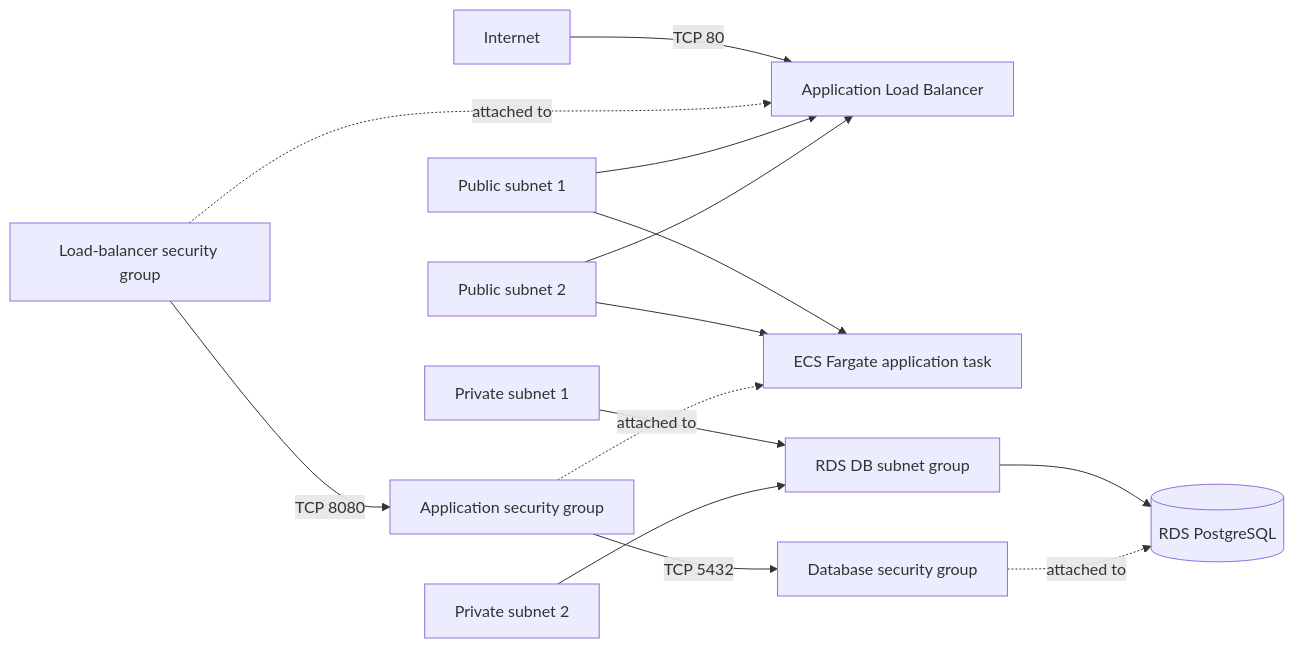
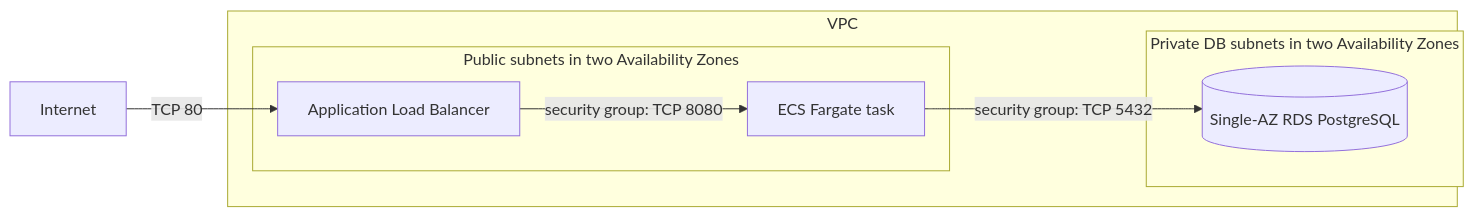
One commit to istvandezsi/java-cloud-platform-lab changed the diagram in terraform/README.md. Above: the diagram before and after it, drawn with Mermaid. The commit also changed other lines of this file and 4 other files, not shown here.

````diff
--- a/terraform/README.md
+++ b/terraform/README.md
@@ -266,20 +169,19 @@
 ```mermaid
 flowchart LR
-    Internet[Internet] -->|TCP 80| LoadBalancer[Application Load Balancer]
-    LoadBalancerSecurityGroup[Load-balancer security group] -. attached to .-> LoadBalancer
+    Internet[Internet]
 
-    PublicSubnet1[Public subnet 1] --> LoadBalancer
-    PublicSubnet2[Public subnet 2] --> LoadBalancer
-    PublicSubnet1 --> Application[ECS Fargate application task]
-    PublicSubnet2 --> Application
+    subgraph VPC[VPC]
+        subgraph Public[Public subnets in two Availability Zones]
+            LoadBalancer[Application Load Balancer]
+            Application[ECS Fargate task]
+        end
 
-    LoadBalancerSecurityGroup -->|TCP 8080| ApplicationSecurityGroup[Application security group]
-    ApplicationSecurityGroup -. attached to .-> Application
+        subgraph Private[Private DB subnets in two Availability Zones]
+            Database[(Single-AZ RDS PostgreSQL)]
+        end
+    end
 
-    PrivateSubnet1[Private subnet 1] --> SubnetGroup[RDS DB subnet group]
-    PrivateSubnet2[Private subnet 2] --> SubnetGroup
-    SubnetGroup --> Database[(RDS PostgreSQL)]
-
-    DatabaseSecurityGroup[Database security group] -. attached to .-> Database
-    ApplicationSecurityGroup -->|TCP 5432| DatabaseSecurityGroup
+    Internet -->|TCP 80| LoadBalancer
+    LoadBalancer -->|security group: TCP 8080| Application
+    Application -->|security group: TCP 5432| Database
 ```
````
